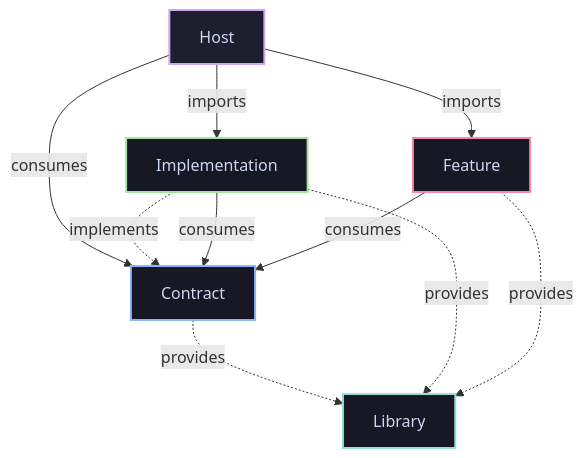
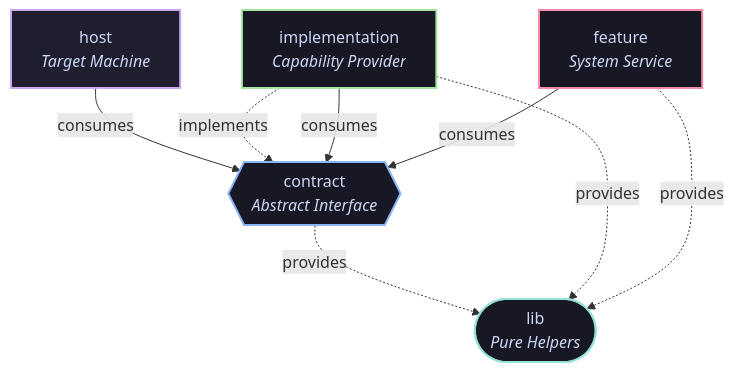
The diagram in README.md (LW-54/nixconf), drawn with Mermaid before and after one commit. The commit also changed other lines of this file and 71 other files, not shown here.

Commit message:
refactor: migrate documentation suite to generic graph query and presentation engine

````diff
--- a/README.md
+++ b/README.md
@@ -15,30 +15,28 @@
 ```mermaid
 flowchart TD
-    Host["Host"]
-    Implementation["Implementation"]
-    Feature["Feature"]
-    Contract["Contract"]
-    Library["Library"]
+    Host["host<br/><i>Target Machine</i>"]
+    Contract{{"contract<br/><i>Abstract Interface</i>"}}
+    Implementation["implementation<br/><i>Capability Provider</i>"]
+    Feature["feature<br/><i>System Service</i>"]
+    Library(["lib<br/><i>Pure Helpers</i>"])
 
-    Host -->|"imports"| Implementation
-    Host -->|"imports"| Feature
     Host -->|"consumes"| Contract
     Implementation -.->|"implements"| Contract
     Implementation -->|"consumes"| Contract
     Feature -->|"consumes"| Contract
     Contract -.->|"provides"| Library
     Implementation -.->|"provides"| Library
     Feature -.->|"provides"| Library
 
     classDef default fill:#1e1e2e,stroke:#cba6f7,stroke-width:2px,color:#cdd6f4;
     classDef contract fill:#181825,stroke:#89b4fa,stroke-width:2px,color:#cdd6f4;
     classDef impl fill:#181825,stroke:#a6e3a1,stroke-width:2px,color:#cdd6f4;
     classDef feat fill:#181825,stroke:#f38ba8,stroke-width:2px,color:#cdd6f4;
     classDef lib fill:#181825,stroke:#94e2d5,stroke-width:2px,color:#cdd6f4;
 
     class Host default;
     class Contract contract;
     class Implementation impl;
     class Feature feat;
     class Library lib;
 ```
````
